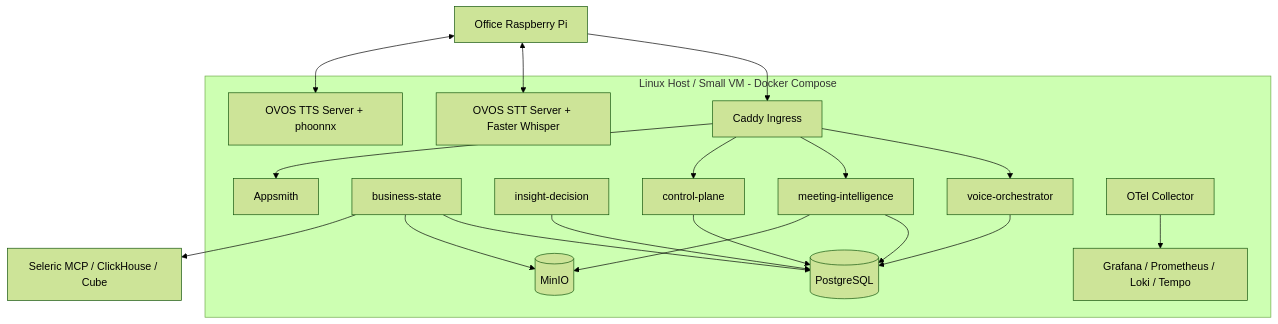
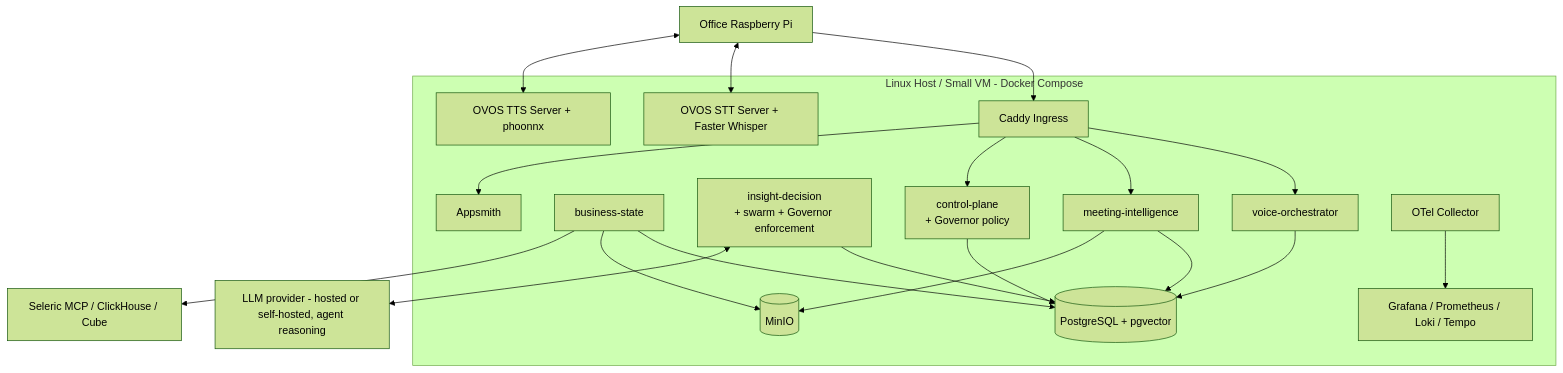
One commit to Tervigon-Collective/Seleric_Agent changed the seventh of 7 diagrams in 03_HIGH_LEVEL_DESIGN.md. Above: the diagram before and after it, drawn with Mermaid (forest theme). The commit also changed other lines of this file and 26 other files, not shown here.

````diff
--- a/03_HIGH_LEVEL_DESIGN.md
+++ b/03_HIGH_LEVEL_DESIGN.md
@@ -504,40 +472,42 @@
 ```mermaid
 flowchart TB
     PiO[Office Raspberry Pi]
 
     subgraph Host[Linux Host / Small VM - Docker Compose]
         Caddy[Caddy Ingress]
         VO2[voice-orchestrator]
         BS2[business-state]
-        ID2[insight-decision]
+        ID2[insight-decision<br/>+ swarm + Governor enforcement]
         MI2[meeting-intelligence]
-        CP2[control-plane]
+        CP2[control-plane<br/>+ Governor policy]
         AS2[Appsmith]
-        PGO[(PostgreSQL)]
+        PGO[(PostgreSQL + pgvector)]
         MINIO[(MinIO)]
         STTO[OVOS STT Server + Faster Whisper]
         TTSO[OVOS TTS Server + phoonnx]
         OTEL[OTel Collector]
         GRAF[Grafana / Prometheus / Loki / Tempo]
 
         Caddy --> VO2
         Caddy --> MI2
         Caddy --> CP2
         Caddy --> AS2
         VO2 --> PGO
         BS2 --> PGO
         ID2 --> PGO
         MI2 --> PGO
         CP2 --> PGO
         MI2 --> MINIO
         BS2 --> MINIO
         OTEL --> GRAF
     end
 
     Seleric2[Seleric MCP / ClickHouse / Cube]
+    LLMProv2[LLM provider - hosted or self-hosted, agent reasoning]
 
     PiO --> Caddy
     PiO <--> STTO
     PiO <--> TTSO
     BS2 --> Seleric2
+    ID2 <--> LLMProv2
 ```
````
